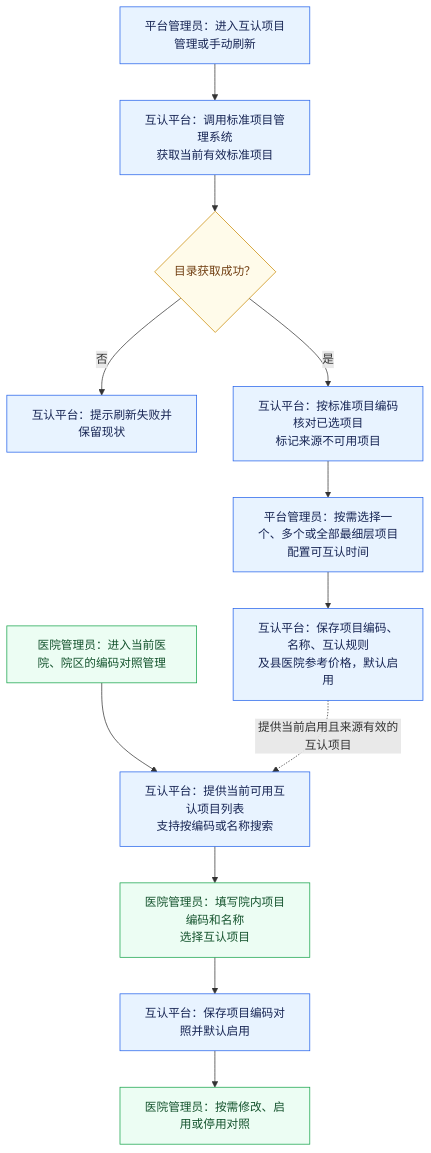
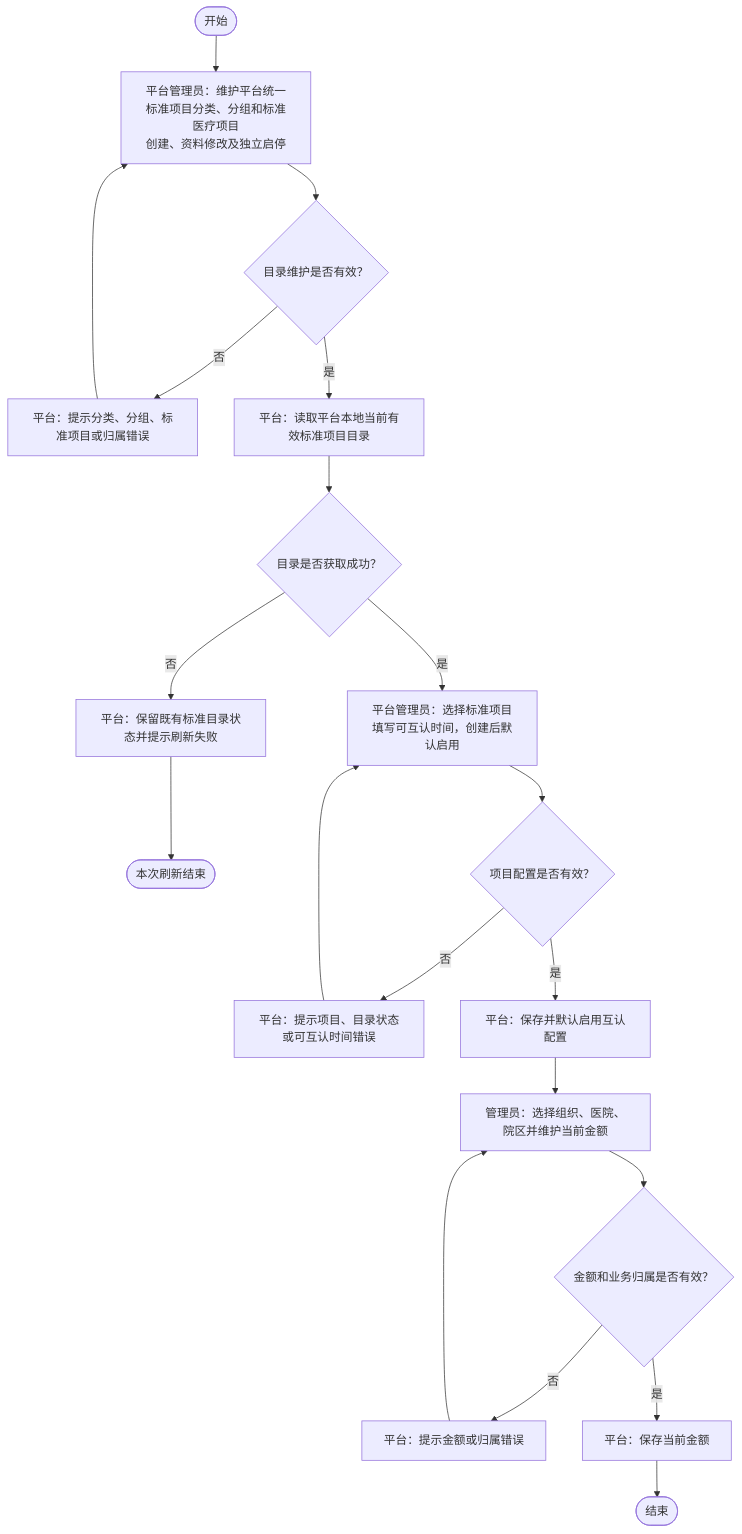
The second of 6 diagrams in docs/流程图.md (taskMain/Lis), drawn with Mermaid before and after one commit. The commit also changed other lines of this file and 446 other files, not shown here.

````diff
--- a/docs/流程图.md
+++ b/docs/流程图.md
@@ -102,30 +92,22 @@
 ```mermaid
 flowchart TD
-    A1["平台管理员：进入互认项目管理或手动刷新"]
-    P1["互认平台：调用标准项目管理系统<br/>获取当前有效标准项目"]
-    R1{"目录获取成功？"}
-    P2["互认平台：提示刷新失败并保留现状"]
-    P3["互认平台：按标准项目编码核对已选项目<br/>标记来源不可用项目"]
-    A2["平台管理员：按需选择一个、多个或全部最细层项目<br/>配置可互认时间"]
-    P4["互认平台：保存项目编码、名称、互认规则<br/>及县医院参考价格，默认启用"]
-
-    H1["医院管理员：进入当前医院、院区的编码对照管理"]
-    P5["互认平台：提供当前可用互认项目列表<br/>支持按编码或名称搜索"]
-    H2["医院管理员：填写院内项目编码和名称<br/>选择互认项目"]
-    P6["互认平台：保存项目编码对照并默认启用"]
-    H3["医院管理员：按需修改、启用或停用对照"]
-
-    A1 --> P1 --> R1
-    R1 -- "否" --> P2
-    R1 -- "是" --> P3 --> A2 --> P4
-    H1 --> P5 --> H2 --> P6 --> H3
-    P4 -. "提供当前启用且来源有效的互认项目" .-> P5
-
-    classDef platform fill:#e8f3ff,stroke:#2563eb,color:#172554;
-    classDef hospital fill:#ecfdf3,stroke:#16a34a,color:#14532d;
-    classDef decision fill:#fffbea,stroke:#ca8a04,color:#713f12;
-
-    class A1,P1,P2,P3,A2,P4,P5,P6 platform;
-    class H1,H2,H3 hospital;
-    class R1 decision;
+    S([开始]) --> A["平台管理员：维护平台统一标准项目分类、分组和标准医疗项目\n创建、资料修改及独立启停"]
+    A --> B{"目录维护是否有效？"}
+    B -- "否" --> C["平台：提示分类、分组、标准项目或归属错误"]
+    C --> A
+    B -- "是" --> D["平台：读取平台本地当前有效标准项目目录"]
+    D --> E{"目录是否获取成功？"}
+    E -- "否" --> F["平台：保留既有标准目录状态并提示刷新失败"]
+    F --> END1([本次刷新结束])
+    E -- "是" --> G["平台管理员：选择标准项目<br/>填写可互认时间，创建后默认启用"]
+    G --> H{"项目配置是否有效？"}
+    H -- "否" --> I["平台：提示项目、目录状态或可互认时间错误"]
+    I --> G
+    H -- "是" --> J["平台：保存并默认启用互认配置"]
+    J --> K["管理员：选择组织、医院、院区并维护当前金额"]
+    K --> L{"金额和业务归属是否有效？"}
+    L -- "否" --> M["平台：提示金额或归属错误"]
+    M --> K
+    L -- "是" --> N["平台：保存当前金额"]
+    N --> END2([结束])
 ```
````
